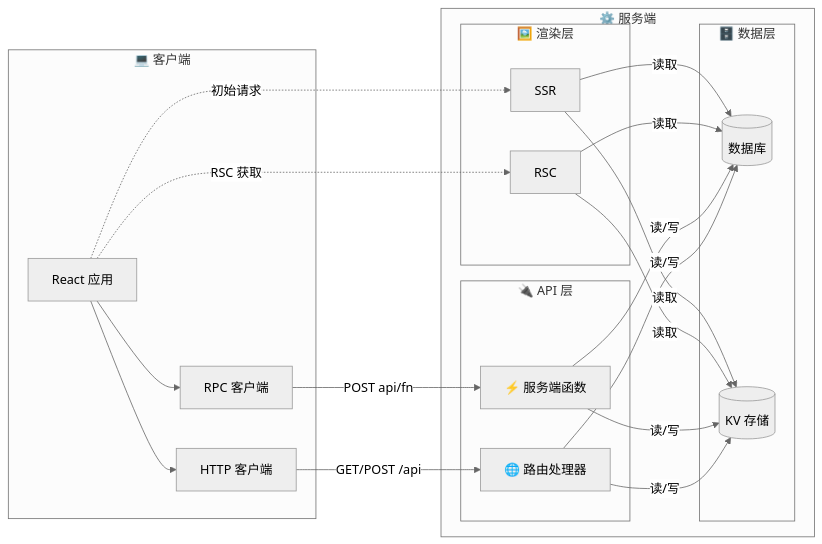
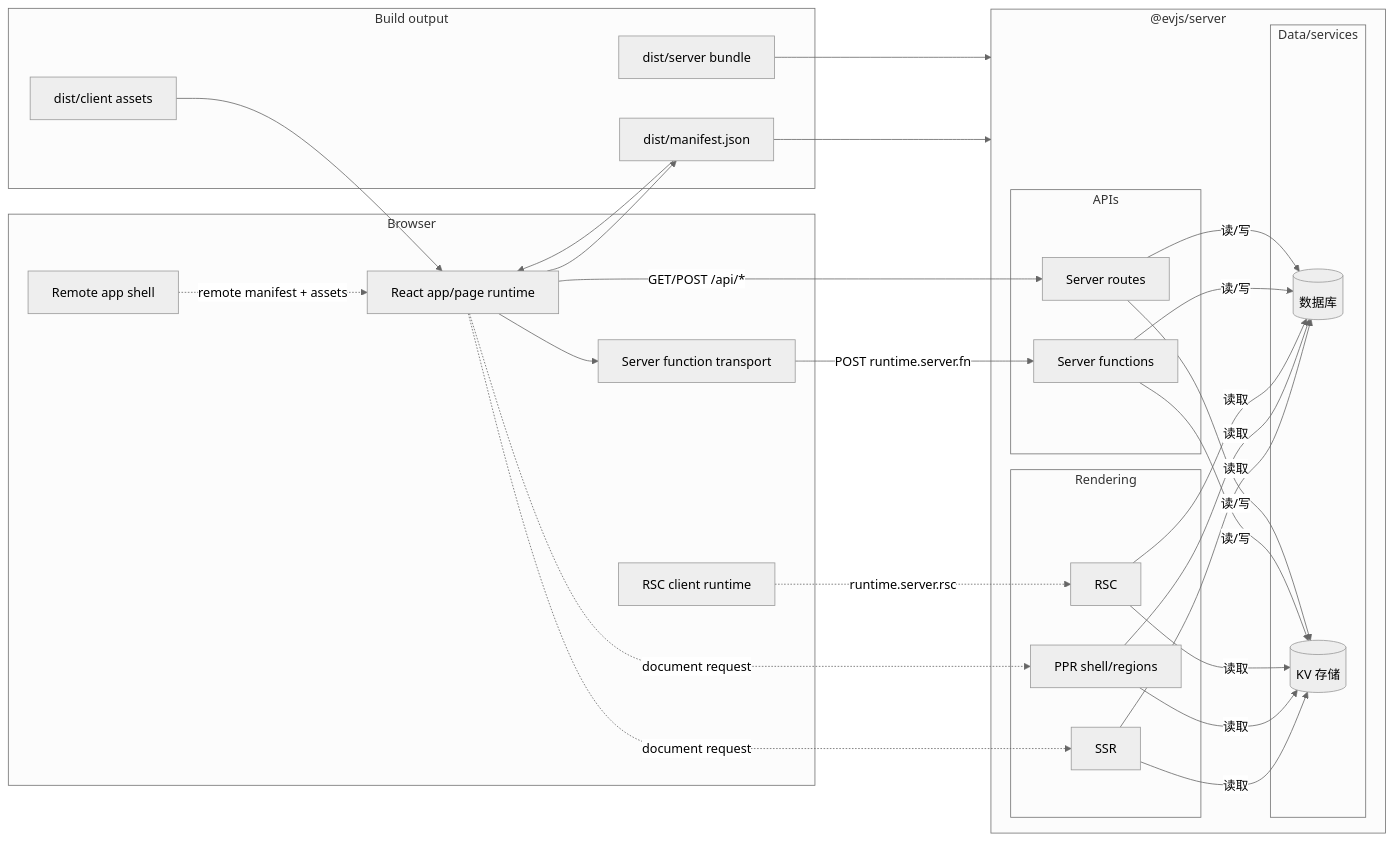
Before and after one commit to afx-team/evjs: the diagram in docs/i18n/zh-Hans/docusaurus-plugin-content-docs/current/overview.md, drawn with Mermaid (neutral theme). The commit also changed other lines of this file and 59 other files, not shown here.

Commit message:
refactor architecture render declarations

````diff
--- a/docs/i18n/zh-Hans/docusaurus-plugin-content-docs/current/overview.md
+++ b/docs/i18n/zh-Hans/docusaurus-plugin-content-docs/current/overview.md
@@ -22,41 +30,58 @@
 ```mermaid
 flowchart LR
-    subgraph ClientSide ["💻 客户端"]
-        UI["React 应用"]
-        RPC["RPC 客户端"]
-        FETCH["HTTP 客户端"]
+    subgraph Browser ["Browser"]
+        UI["React app/page runtime"]
+        RPC["Server function transport"]
+        REMOTE["Remote app shell"]
+        RSCClient["RSC client runtime"]
     end
 
-    subgraph ServerSide ["⚙️ 服务端"]
-        subgraph RenderingLayer ["🖼️ 渲染层"]
+    subgraph Server ["@evjs/server"]
+        subgraph Rendering ["Rendering"]
             SSR["SSR"]
+            PPR["PPR shell/regions"]
             RSC["RSC"]
         end
 
-        subgraph APILayer ["🔌 API 层"]
-            SF["⚡ 服务端函数"]
-            RH["🌐 路由处理器"]
+        subgraph APIs ["APIs"]
+            SF["Server functions"]
+            RH["Server routes"]
         end
 
-        subgraph DataLayer ["🗄️ 数据层"]
+        subgraph Data ["Data/services"]
             DB[("数据库")]
             KV[("KV 存储")]
         end
     end
 
+    subgraph Build ["Build output"]
+        MANIFEST["dist/manifest.json"]
+        ASSETS["dist/client assets"]
+        SERVERBUNDLE["dist/server bundle"]
+    end
+
+    UI --> MANIFEST
+    UI --> RPC
+    UI -.->|"document request"| SSR
+    UI -.->|"document request"| PPR
+    RSCClient -.->|"runtime.server.rsc"| RSC
+    REMOTE -.->|"remote manifest + assets"| UI
+
     SSR -->|读取| DB
     SSR -->|读取| KV
+    PPR -->|读取| DB
+    PPR -->|读取| KV
     RSC -->|读取| DB
     RSC -->|读取| KV
     SF -->|读/写| DB
     SF -->|读/写| KV
     RH -->|读/写| DB
     RH -->|读/写| KV
 
-    UI --> RPC
-    UI --> FETCH
-    UI -.->|初始请求| SSR
-    UI -.->|RSC 获取| RSC
-    RPC -->|POST api/fn| SF
-    FETCH -->|GET/POST /api| RH
+    RPC -->|"POST runtime.server.fn"| SF
+    UI -->|"GET/POST /api/*"| RH
+    MANIFEST --> UI
+    MANIFEST --> Server
+    ASSETS --> UI
+    SERVERBUNDLE --> Server
 ```
````
